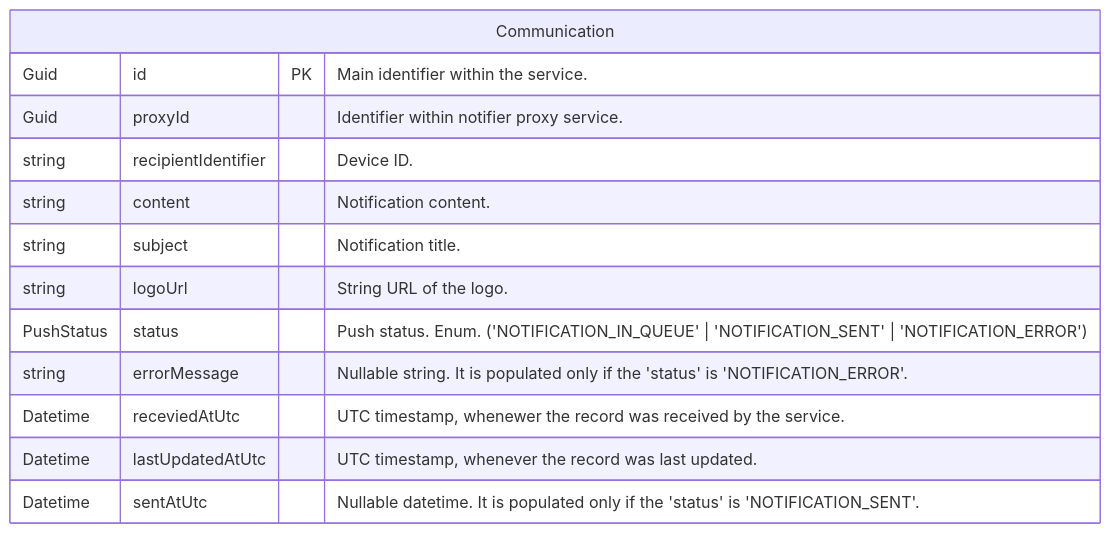
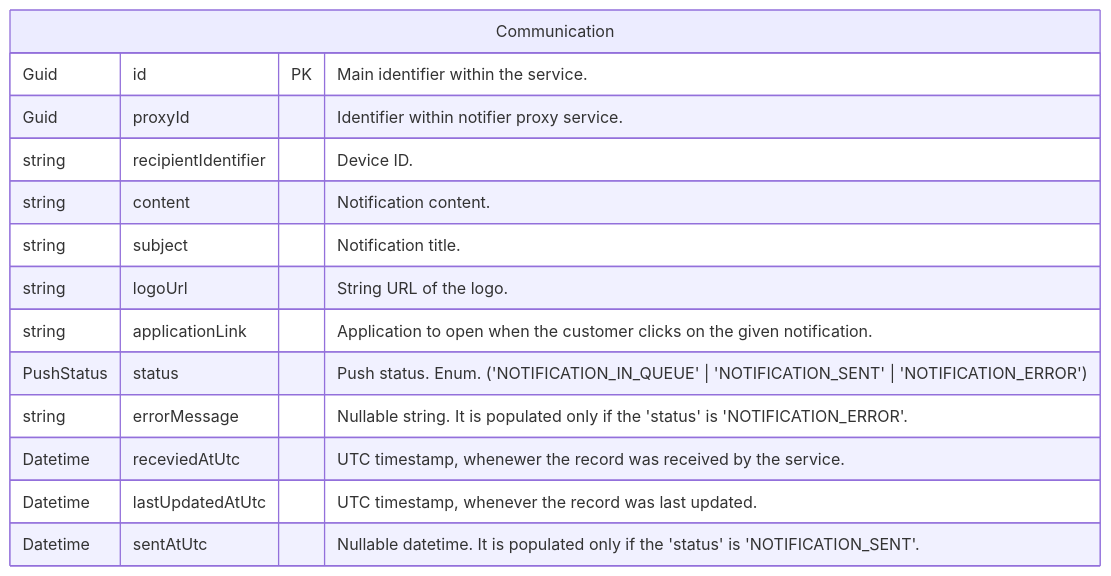
One commit to wraithlight/wraithlight-mono changed the diagram in docs/database/communications/push-sender.md. Above: the diagram before and after it, drawn with Mermaid. The commit also changed 4 other files, not shown here.

````diff
--- a/docs/database/communications/push-sender.md
+++ b/docs/database/communications/push-sender.md
@@ -3,18 +3,19 @@
 ```mermaid
 
 erDiagram
     Communication {
         Guid id PK "Main identifier within the service."
         Guid proxyId "Identifier within notifier proxy service."
         string recipientIdentifier "Device ID."
         string content "Notification content."
         string subject "Notification title."
         string logoUrl "String URL of the logo."
+        string applicationLink "Application to open when the customer clicks on the given notification."
         PushStatus status "Push status. Enum. ('NOTIFICATION_IN_QUEUE' | 'NOTIFICATION_SENT' | 'NOTIFICATION_ERROR')"
         string errorMessage "Nullable string. It is populated only if the 'status' is 'NOTIFICATION_ERROR'."
         Datetime receviedAtUtc "UTC timestamp, whenewer the record was received by the service."
         Datetime lastUpdatedAtUtc "UTC timestamp, whenever the record was last updated."
         Datetime sentAtUtc "Nullable datetime. It is populated only if the 'status' is 'NOTIFICATION_SENT'."
     }
 
 ```
````
